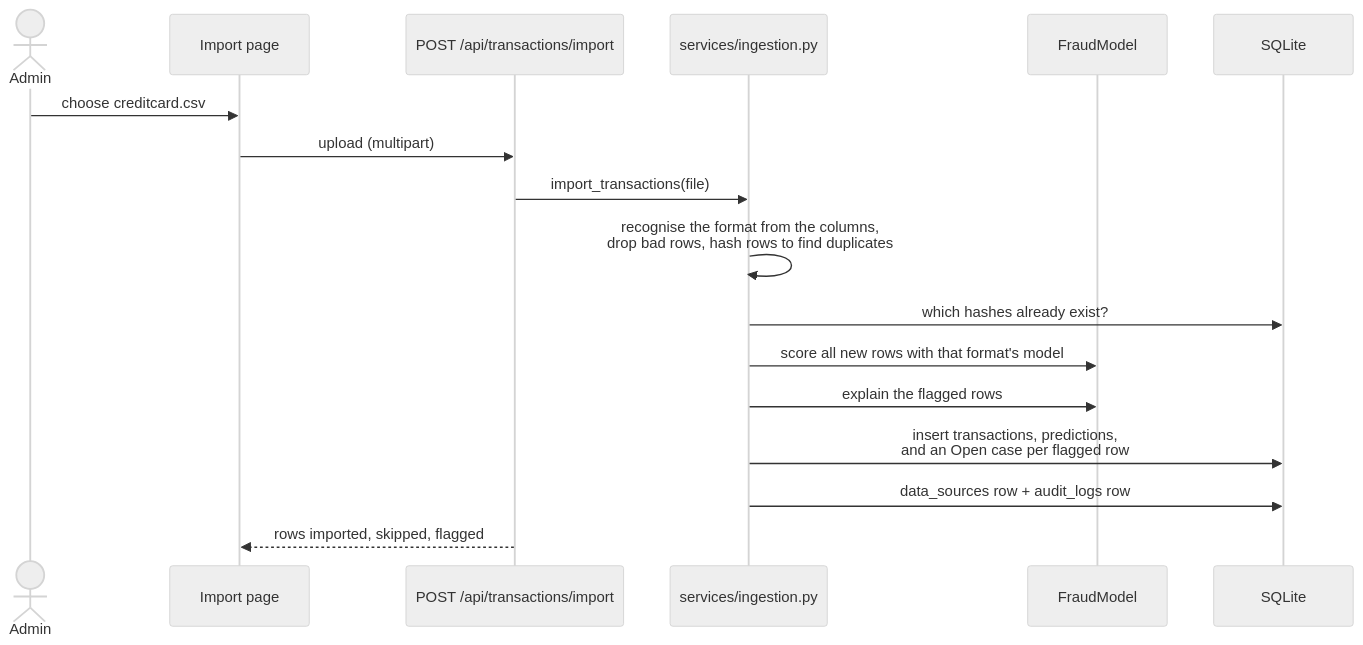
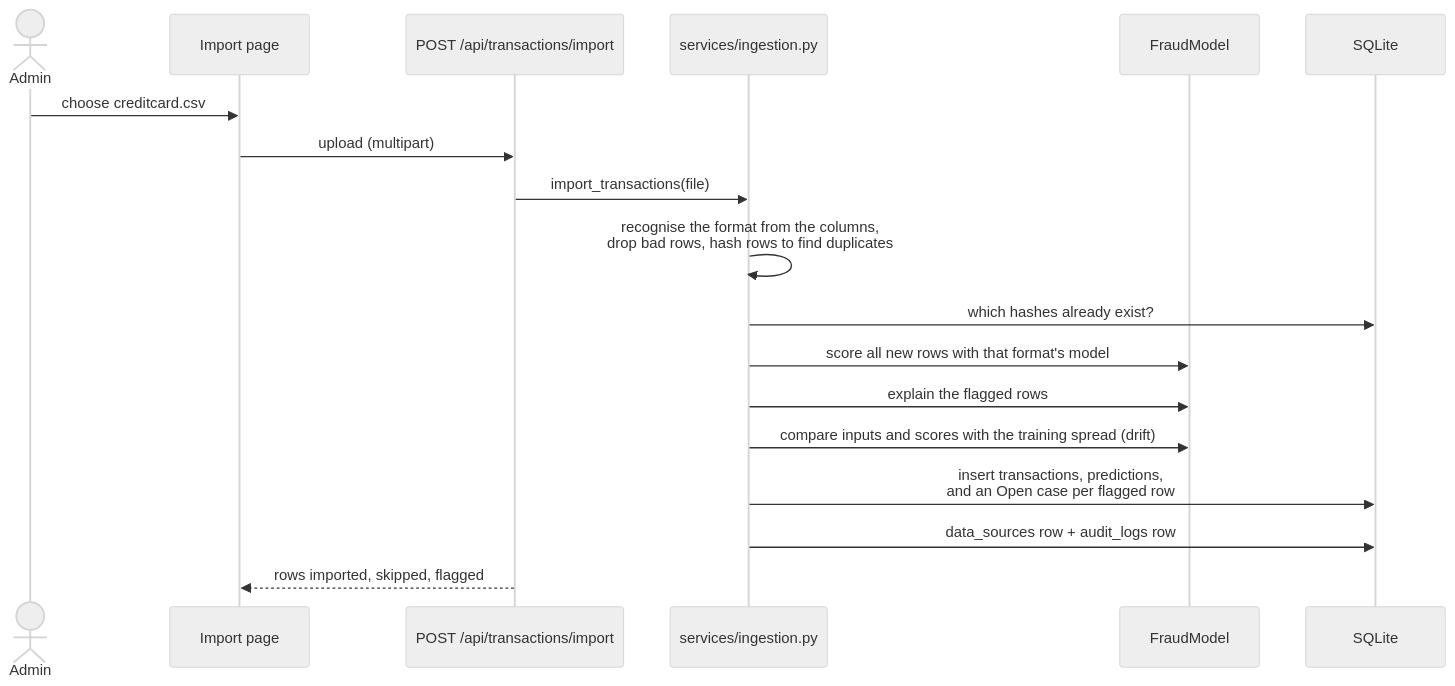
The second of 3 diagrams in docs/ARCHITECTURE.md (Im-manojkumar/Secure-Bank), drawn with Mermaid (neutral theme) before and after one commit. The commit also changed other lines of this file and 19 other files, not shown here.

First line of the commit message:
Check each import for drift from the training data

````diff
--- a/docs/ARCHITECTURE.md
+++ b/docs/ARCHITECTURE.md
@@ -42,20 +42,21 @@
 ```mermaid
 sequenceDiagram
     actor Admin
     participant Page as Import page
     participant API as POST /api/transactions/import
     participant Ingest as services/ingestion.py
     participant Model as FraudModel
     participant DB as SQLite
 
     Admin->>Page: choose creditcard.csv
     Page->>API: upload (multipart)
     API->>Ingest: import_transactions(file)
     Ingest->>Ingest: recognise the format from the columns,<br/>drop bad rows, hash rows to find duplicates
     Ingest->>DB: which hashes already exist?
     Ingest->>Model: score all new rows with that format's model
     Ingest->>Model: explain the flagged rows
+    Ingest->>Model: compare inputs and scores with the training spread (drift)
     Ingest->>DB: insert transactions, predictions,<br/>and an Open case per flagged row
     Ingest->>DB: data_sources row + audit_logs row
     API-->>Page: rows imported, skipped, flagged
 ```
````
